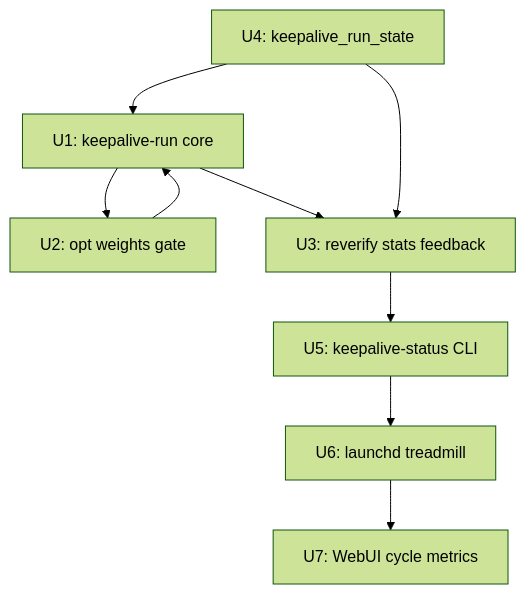
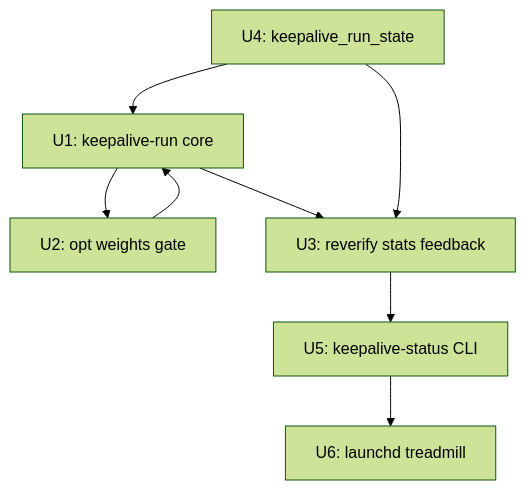
The diagram in docs/plans/2026-06-05-004-feat-keepalive-recovery-loop-plan.md (redredchen02-rgb/backlink-publisher), drawn with Mermaid (forest theme) before and after one commit. The commit also changed other lines of this file and 6 other files, not shown here.

````diff
--- a/docs/plans/2026-06-05-004-feat-keepalive-recovery-loop-plan.md
+++ b/docs/plans/2026-06-05-004-feat-keepalive-recovery-loop-plan.md
@@ -247,12 +247,11 @@
 ```mermaid
 graph TB
     U4[U4: keepalive_run_state] --> U1
     U1[U1: keepalive-run core] --> U2
     U1 --> U3
     U2[U2: opt weights gate] --> U1
     U3[U3: reverify stats feedback] --> U5
     U4 --> U3
     U5[U5: keepalive-status CLI] --> U6
-    U6[U6: launchd treadmill] --> U7
-    U7[U7: WebUI cycle metrics]
+    U6[U6: launchd treadmill]
 ```
````
